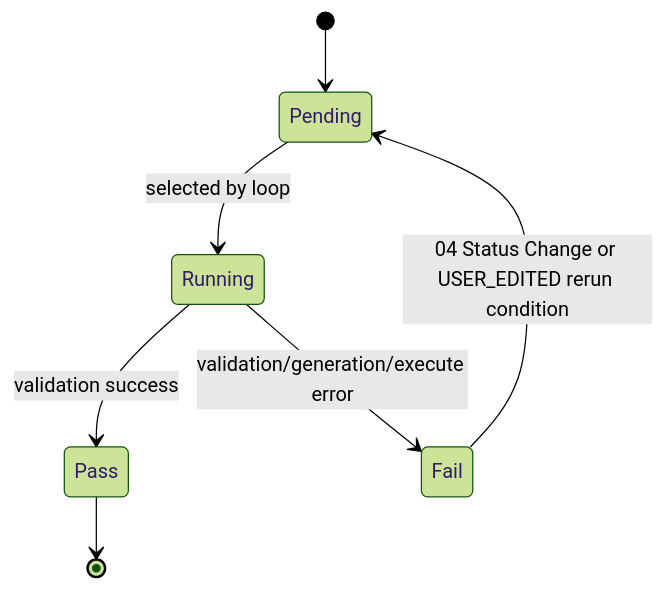
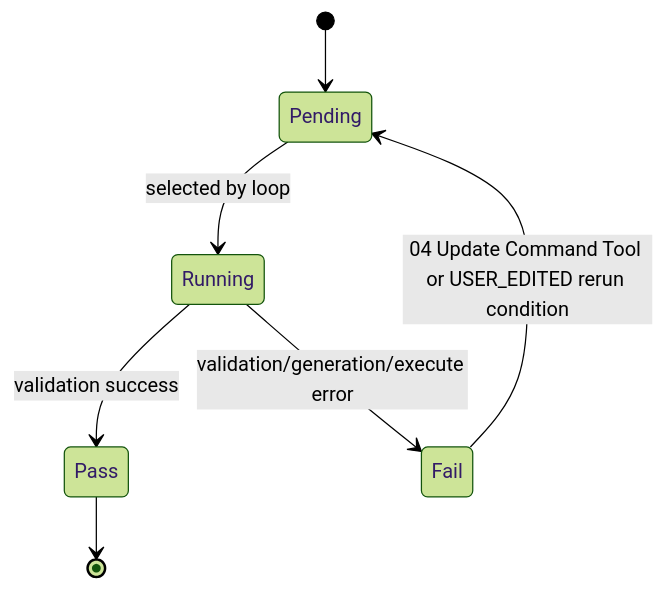
Before and after one commit to seongikjin227-jpg/refactoring_smartMigrate: the sixth of 6 diagrams in smartMigrate_2.0_Langflow/00_guide/00_architecture_chapter4_domain_executors.md, drawn with Mermaid (forest theme). The commit also changed other lines of this file and 14 other files, not shown here.

````diff
--- a/smartMigrate_2.0_Langflow/00_guide/00_architecture_chapter4_domain_executors.md
+++ b/smartMigrate_2.0_Langflow/00_guide/00_architecture_chapter4_domain_executors.md
@@ -247,9 +247,9 @@
 ```mermaid
 stateDiagram-v2
     [*] --> Pending
     Pending --> Running: selected by loop
     Running --> Pass: validation success
     Running --> Fail: validation/generation/execute error
-    Fail --> Pending: 04 Status Change or USER_EDITED rerun condition
+    Fail --> Pending: 04 Update Command Tool or USER_EDITED rerun condition
     Pass --> [*]
 ```
````
